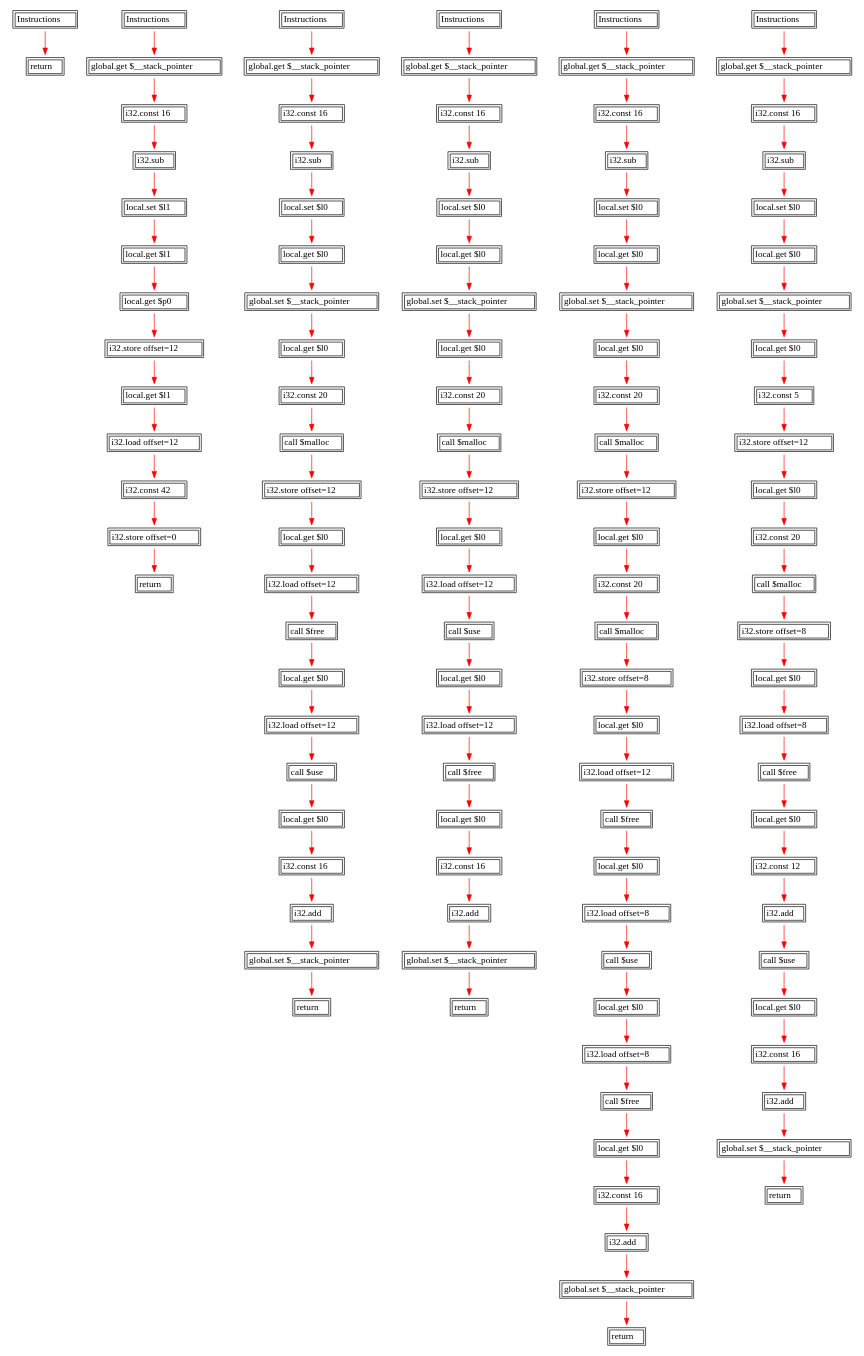
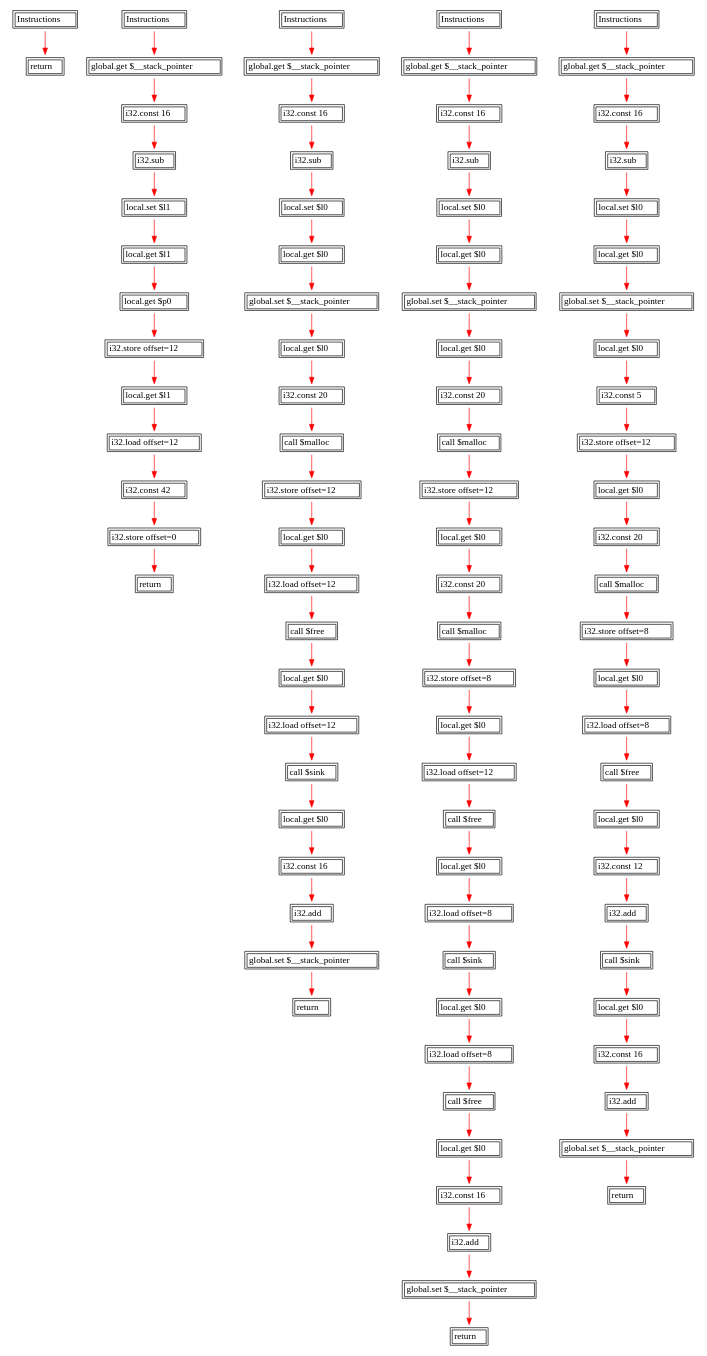
The diagram in cfg.dot (Parisa-ettehad/wasmati), drawn with Graphviz before and after one commit. The commit also changed 13 other files, not shown here.

```diff
--- a/cfg.dot
+++ b/cfg.dot
@@ -60,7 +60,7 @@
 55 -> 56 [color=red]
 55 [label=<<TABLE><TR><TD>i32.load offset=12</TD></TR></TABLE>>];
 56 -> 57 [color=red]
-56 [label=<<TABLE><TR><TD>call $use</TD></TR></TABLE>>];
+56 [label=<<TABLE><TR><TD>call $sink</TD></TR></TABLE>>];
 57 -> 58 [color=red]
 57 [label=<<TABLE><TR><TD>local.get $l0</TD></TR></TABLE>>];
 58 -> 59 [color=red]
@@ -95,66 +95,66 @@
 78 -> 79 [color=red]
 78 [label=<<TABLE><TR><TD>local.get $l0</TD></TR></TABLE>>];
 79 -> 80 [color=red]
-79 [label=<<TABLE><TR><TD>i32.load offset=12</TD></TR></TABLE>>];
+79 [label=<<TABLE><TR><TD>i32.const 20</TD></TR></TABLE>>];
 80 -> 81 [color=red]
-80 [label=<<TABLE><TR><TD>call $use</TD></TR></TABLE>>];
+80 [label=<<TABLE><TR><TD>call $malloc</TD></TR></TABLE>>];
 81 -> 82 [color=red]
-81 [label=<<TABLE><TR><TD>local.get $l0</TD></TR></TABLE>>];
+81 [label=<<TABLE><TR><TD>i32.store offset=8</TD></TR></TABLE>>];
 82 -> 83 [color=red]
-82 [label=<<TABLE><TR><TD>i32.load offset=12</TD></TR></TABLE>>];
+82 [label=<<TABLE><TR><TD>local.get $l0</TD></TR></TABLE>>];
 83 -> 84 [color=red]
-83 [label=<<TABLE><TR><TD>call $free</TD></TR></TABLE>>];
+83 [label=<<TABLE><TR><TD>i32.load offset=12</TD></TR></TABLE>>];
 84 -> 85 [color=red]
-84 [label=<<TABLE><TR><TD>local.get $l0</TD></TR></TABLE>>];
+84 [label=<<TABLE><TR><TD>call $free</TD></TR></TABLE>>];
 85 -> 86 [color=red]
-85 [label=<<TABLE><TR><TD>i32.const 16</TD></TR></TABLE>>];
+85 [label=<<TABLE><TR><TD>local.get $l0</TD></TR></TABLE>>];
 86 -> 87 [color=red]
-86 [label=<<TABLE><TR><TD>i32.add</TD></TR></TABLE>>];
-87 -> 67 [color=red]
-87 [label=<<TABLE><TR><TD>global.set $__stack_pointer</TD></TR></TABLE>>];
-93 -> 95 [color=red]
-93 [label=<<TABLE><TR><TD>Instructions</TD></TR></TABLE>>];
-94 [label=<<TABLE><TR><TD>return</TD></TR></TABLE>>];
-95 -> 96 [color=red]
-95 [label=<<TABLE><TR><TD>global.get $__stack_pointer</TD></TR></TABLE>>];
-96 -> 97 [color=red]
-96 [label=<<TABLE><TR><TD>i32.const 16</TD></TR></TABLE>>];
-97 -> 98 [color=red]
-97 [label=<<TABLE><TR><TD>i32.sub</TD></TR></TABLE>>];
-98 -> 99 [color=red]
-98 [label=<<TABLE><TR><TD>local.set $l0</TD></TR></TABLE>>];
-99 -> 100 [color=red]
-99 [label=<<TABLE><TR><TD>local.get $l0</TD></TR></TABLE>>];
-100 -> 101 [color=red]
-100 [label=<<TABLE><TR><TD>global.set $__stack_pointer</TD></TR></TABLE>>];
-101 -> 102 [color=red]
-101 [label=<<TABLE><TR><TD>local.get $l0</TD></TR></TABLE>>];
+86 [label=<<TABLE><TR><TD>i32.load offset=8</TD></TR></TABLE>>];
+87 -> 88 [color=red]
+87 [label=<<TABLE><TR><TD>call $sink</TD></TR></TABLE>>];
+88 -> 89 [color=red]
+88 [label=<<TABLE><TR><TD>local.get $l0</TD></TR></TABLE>>];
+89 -> 90 [color=red]
+89 [label=<<TABLE><TR><TD>i32.load offset=8</TD></TR></TABLE>>];
+90 -> 91 [color=red]
+90 [label=<<TABLE><TR><TD>call $free</TD></TR></TABLE>>];
+91 -> 92 [color=red]
+91 [label=<<TABLE><TR><TD>local.get $l0</TD></TR></TABLE>>];
+92 -> 93 [color=red]
+92 [label=<<TABLE><TR><TD>i32.const 16</TD></TR></TABLE>>];
+93 -> 94 [color=red]
+93 [label=<<TABLE><TR><TD>i32.add</TD></TR></TABLE>>];
+94 -> 67 [color=red]
+94 [label=<<TABLE><TR><TD>global.set $__stack_pointer</TD></TR></TABLE>>];
+100 -> 102 [color=red]
+100 [label=<<TABLE><TR><TD>Instructions</TD></TR></TABLE>>];
+101 [label=<<TABLE><TR><TD>return</TD></TR></TABLE>>];
 102 -> 103 [color=red]
-102 [label=<<TABLE><TR><TD>i32.const 20</TD></TR></TABLE>>];
+102 [label=<<TABLE><TR><TD>global.get $__stack_pointer</TD></TR></TABLE>>];
 103 -> 104 [color=red]
-103 [label=<<TABLE><TR><TD>call $malloc</TD></TR></TABLE>>];
+103 [label=<<TABLE><TR><TD>i32.const 16</TD></TR></TABLE>>];
 104 -> 105 [color=red]
-104 [label=<<TABLE><TR><TD>i32.store offset=12</TD></TR></TABLE>>];
+104 [label=<<TABLE><TR><TD>i32.sub</TD></TR></TABLE>>];
 105 -> 106 [color=red]
-105 [label=<<TABLE><TR><TD>local.get $l0</TD></TR></TABLE>>];
+105 [label=<<TABLE><TR><TD>local.set $l0</TD></TR></TABLE>>];
 106 -> 107 [color=red]
-106 [label=<<TABLE><TR><TD>i32.const 20</TD></TR></TABLE>>];
+106 [label=<<TABLE><TR><TD>local.get $l0</TD></TR></TABLE>>];
 107 -> 108 [color=red]
-107 [label=<<TABLE><TR><TD>call $malloc</TD></TR></TABLE>>];
+107 [label=<<TABLE><TR><TD>global.set $__stack_pointer</TD></TR></TABLE>>];
 108 -> 109 [color=red]
-108 [label=<<TABLE><TR><TD>i32.store offset=8</TD></TR></TABLE>>];
+108 [label=<<TABLE><TR><TD>local.get $l0</TD></TR></TABLE>>];
 109 -> 110 [color=red]
-109 [label=<<TABLE><TR><TD>local.get $l0</TD></TR></TABLE>>];
+109 [label=<<TABLE><TR><TD>i32.const 5</TD></TR></TABLE>>];
 110 -> 111 [color=red]
-110 [label=<<TABLE><TR><TD>i32.load offset=12</TD></TR></TABLE>>];
+110 [label=<<TABLE><TR><TD>i32.store offset=12</TD></TR></TABLE>>];
 111 -> 112 [color=red]
-111 [label=<<TABLE><TR><TD>call $free</TD></TR></TABLE>>];
+111 [label=<<TABLE><TR><TD>local.get $l0</TD></TR></TABLE>>];
 112 -> 113 [color=red]
-112 [label=<<TABLE><TR><TD>local.get $l0</TD></TR></TABLE>>];
+112 [label=<<TABLE><TR><TD>i32.const 20</TD></TR></TABLE>>];
 113 -> 114 [color=red]
-113 [label=<<TABLE><TR><TD>i32.load offset=8</TD></TR></TABLE>>];
+113 [label=<<TABLE><TR><TD>call $malloc</TD></TR></TABLE>>];
 114 -> 115 [color=red]
-114 [label=<<TABLE><TR><TD>call $use</TD></TR></TABLE>>];
+114 [label=<<TABLE><TR><TD>i32.store offset=8</TD></TR></TABLE>>];
 115 -> 116 [color=red]
 115 [label=<<TABLE><TR><TD>local.get $l0</TD></TR></TABLE>>];
 116 -> 117 [color=red]
@@ -164,60 +164,17 @@
 118 -> 119 [color=red]
 118 [label=<<TABLE><TR><TD>local.get $l0</TD></TR></TABLE>>];
 119 -> 120 [color=red]
-119 [label=<<TABLE><TR><TD>i32.const 16</TD></TR></TABLE>>];
+119 [label=<<TABLE><TR><TD>i32.const 12</TD></TR></TABLE>>];
 120 -> 121 [color=red]
 120 [label=<<TABLE><TR><TD>i32.add</TD></TR></TABLE>>];
-121 -> 94 [color=red]
-121 [label=<<TABLE><TR><TD>global.set $__stack_pointer</TD></TR></TABLE>>];
-127 -> 129 [color=red]
-127 [label=<<TABLE><TR><TD>Instructions</TD></TR></TABLE>>];
-128 [label=<<TABLE><TR><TD>return</TD></TR></TABLE>>];
-129 -> 130 [color=red]
-129 [label=<<TABLE><TR><TD>global.get $__stack_pointer</TD></TR></TABLE>>];
-130 -> 131 [color=red]
-130 [label=<<TABLE><TR><TD>i32.const 16</TD></TR></TABLE>>];
-131 -> 132 [color=red]
-131 [label=<<TABLE><TR><TD>i32.sub</TD></TR></TABLE>>];
-132 -> 133 [color=red]
-132 [label=<<TABLE><TR><TD>local.set $l0</TD></TR></TABLE>>];
-133 -> 134 [color=red]
-133 [label=<<TABLE><TR><TD>local.get $l0</TD></TR></TABLE>>];
-134 -> 135 [color=red]
-134 [label=<<TABLE><TR><TD>global.set $__stack_pointer</TD></TR></TABLE>>];
-135 -> 136 [color=red]
-135 [label=<<TABLE><TR><TD>local.get $l0</TD></TR></TABLE>>];
-136 -> 137 [color=red]
-136 [label=<<TABLE><TR><TD>i32.const 5</TD></TR></TABLE>>];
-137 -> 138 [color=red]
-137 [label=<<TABLE><TR><TD>i32.store offset=12</TD></TR></TABLE>>];
-138 -> 139 [color=red]
-138 [label=<<TABLE><TR><TD>local.get $l0</TD></TR></TABLE>>];
-139 -> 140 [color=red]
-139 [label=<<TABLE><TR><TD>i32.const 20</TD></TR></TABLE>>];
-140 -> 141 [color=red]
-140 [label=<<TABLE><TR><TD>call $malloc</TD></TR></TABLE>>];
-141 -> 142 [color=red]
-141 [label=<<TABLE><TR><TD>i32.store offset=8</TD></TR></TABLE>>];
-142 -> 143 [color=red]
-142 [label=<<TABLE><TR><TD>local.get $l0</TD></TR></TABLE>>];
-143 -> 144 [color=red]
-143 [label=<<TABLE><TR><TD>i32.load offset=8</TD></TR></TABLE>>];
-144 -> 145 [color=red]
-144 [label=<<TABLE><TR><TD>call $free</TD></TR></TABLE>>];
-145 -> 146 [color=red]
-145 [label=<<TABLE><TR><TD>local.get $l0</TD></TR></TABLE>>];
-146 -> 147 [color=red]
-146 [label=<<TABLE><TR><TD>i32.const 12</TD></TR></TABLE>>];
-147 -> 148 [color=red]
-147 [label=<<TABLE><TR><TD>i32.add</TD></TR></TABLE>>];
-148 -> 149 [color=red]
-148 [label=<<TABLE><TR><TD>call $use</TD></TR></TABLE>>];
-149 -> 150 [color=red]
-149 [label=<<TABLE><TR><TD>local.get $l0</TD></TR></TABLE>>];
-150 -> 151 [color=red]
-150 [label=<<TABLE><TR><TD>i32.const 16</TD></TR></TABLE>>];
-151 -> 152 [color=red]
-151 [label=<<TABLE><TR><TD>i32.add</TD></TR></TABLE>>];
-152 -> 128 [color=red]
-152 [label=<<TABLE><TR><TD>global.set $__stack_pointer</TD></TR></TABLE>>];
+121 -> 122 [color=red]
+121 [label=<<TABLE><TR><TD>call $sink</TD></TR></TABLE>>];
+122 -> 123 [color=red]
+122 [label=<<TABLE><TR><TD>local.get $l0</TD></TR></TABLE>>];
+123 -> 124 [color=red]
+123 [label=<<TABLE><TR><TD>i32.const 16</TD></TR></TABLE>>];
+124 -> 125 [color=red]
+124 [label=<<TABLE><TR><TD>i32.add</TD></TR></TABLE>>];
+125 -> 101 [color=red]
+125 [label=<<TABLE><TR><TD>global.set $__stack_pointer</TD></TR></TABLE>>];
 }
```
